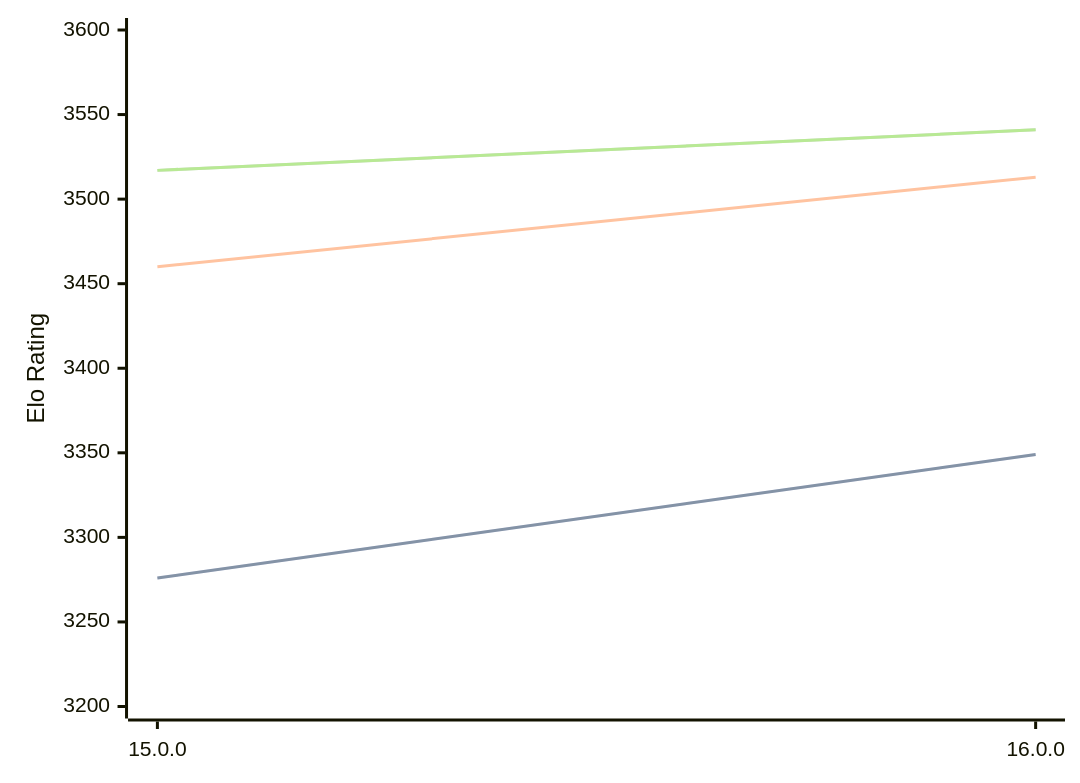
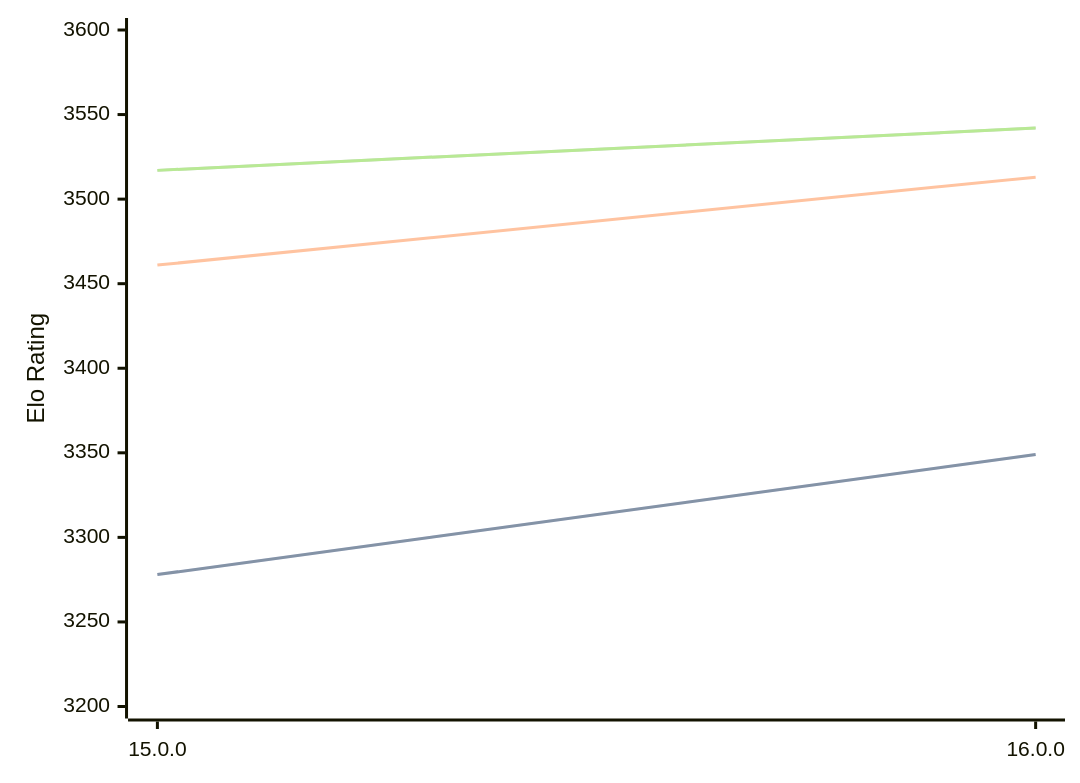
One commit to computer-chess-index/cci changed the first of 3 diagrams in engines/Halogen.md. Above: the diagram before and after it, drawn with Mermaid. The commit also changed other lines of this file, not shown here.

Commit message:
Update CCI Ratings (ELO VLTC) - 2026-07-14

````diff
--- a/engines/Halogen.md
+++ b/engines/Halogen.md
@@ -50,11 +50,11 @@
 ```mermaid
 %%{init: {"theme":"base","themeVariables":{"seriesColors:['#a3a3a3','#222221','#faa371']}}}%%
 xychart-beta
   x-axis ["15.0.0", "16.0.0"]
   y-axis "Elo Rating" 3200 --> 3600
-  line "STC (8.0+0.08s)" [3276, 3349]
-  line "STC (8.0+0.08s)" [3276, 3349]
-  line "LTC (60.0+0.60s)" [3460, 3513]
-  line "VLTC (2m24s+1.12s)" [3517, 3541]
-  line "VLTC (2m24s+1.12s)" [3517, 3541]
+  line "STC (8.0+0.08s)" [3278, 3349]
+  line "STC (8.0+0.08s)" [3278, 3349]
+  line "LTC (60.0+0.60s)" [3461, 3513]
+  line "VLTC (2m24s+1.12s)" [3517, 3542]
+  line "VLTC (2m24s+1.12s)" [3517, 3542]
 ```
````
